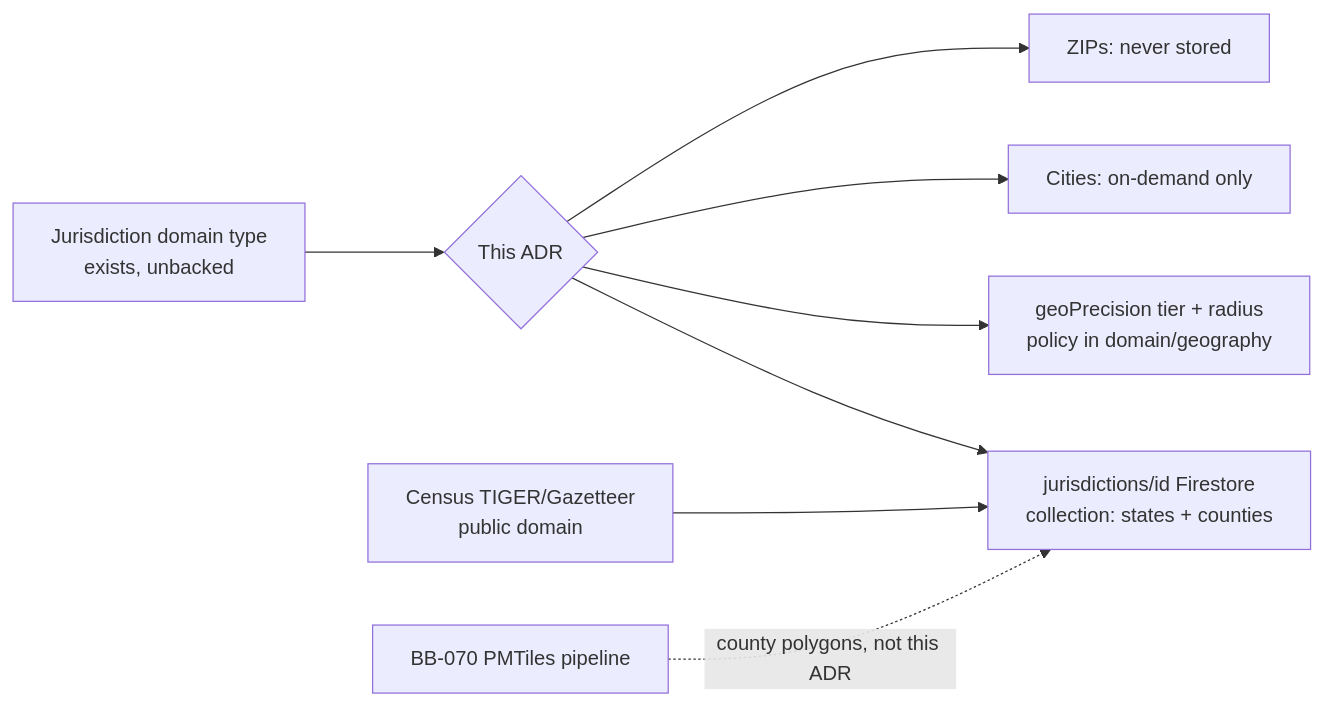
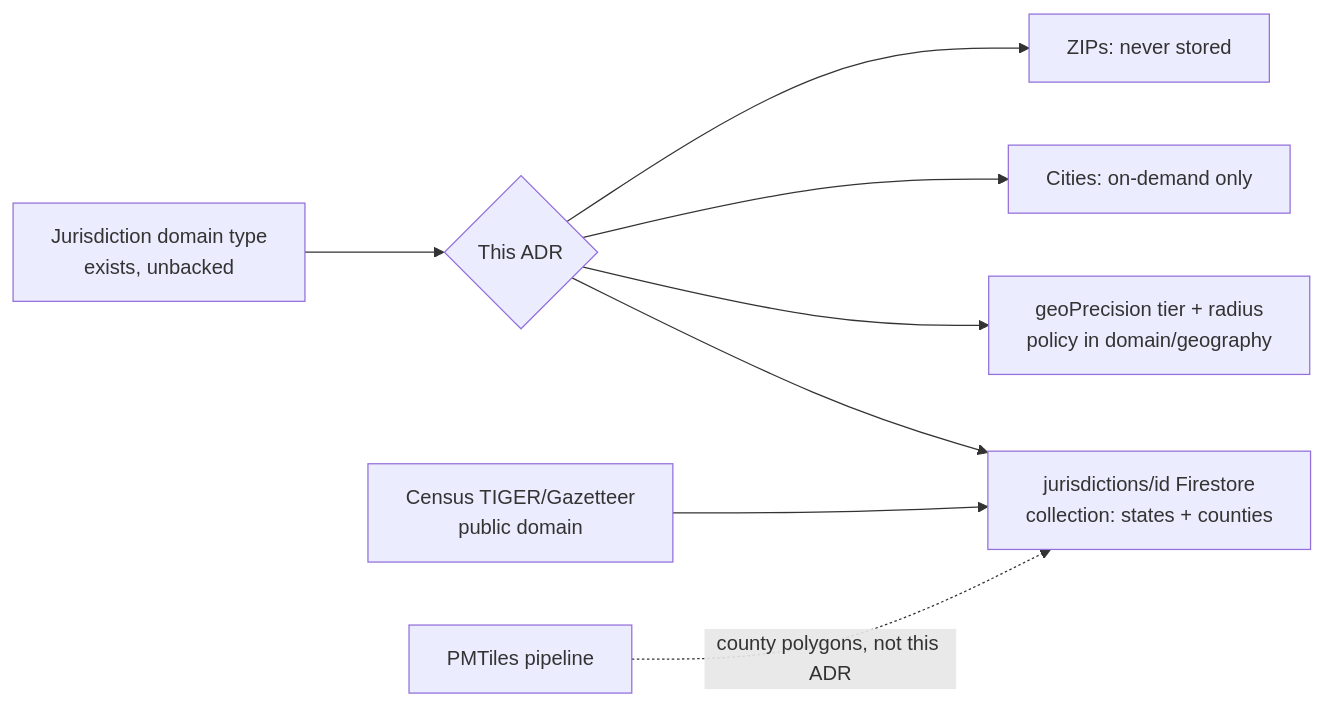
Before and after one commit to geraldmaron/blackstory: the diagram in docs/adr/ADR-016-jurisdiction-reference-data.md, drawn with Mermaid. The commit also changed other lines of this file and 303 other files, not shown here.

````diff
--- a/docs/adr/ADR-016-jurisdiction-reference-data.md
+++ b/docs/adr/ADR-016-jurisdiction-reference-data.md
@@ -48,10 +48,10 @@
 ```mermaid
 flowchart LR
   A[Jurisdiction domain type<br/>exists, unbacked] --> B{This ADR}
   B --> C[jurisdictions/id Firestore<br/>collection: states + counties]
   B --> D[geoPrecision tier + radius<br/>policy in domain/geography]
   B --> E[Cities: on-demand only]
   B --> F[ZIPs: never stored]
   G[Census TIGER/Gazetteer<br/>public domain] --> C
-  H[BB-070 PMTiles pipeline] -.county polygons, not this ADR.-> C
+  H[ PMTiles pipeline] -.county polygons, not this ADR.-> C
 ```
````
